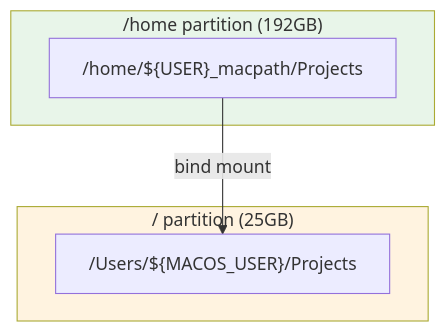
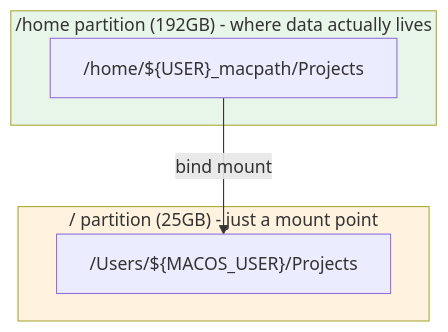
The second of 2 diagrams in README.md (lucharo/always-on-claude), drawn with Mermaid before and after one commit. The commit also changed other lines of this file, not shown here.

````diff
--- a/README.md
+++ b/README.md
@@ -77,15 +66,15 @@
 ```mermaid
 flowchart TB
-    subgraph home["/home partition (192GB)"]
+    subgraph home["/home partition (192GB) - where data actually lives"]
         DATA["/home/${USER}_macpath/Projects"]
     end
 
-    subgraph root["/ partition (25GB)"]
+    subgraph root["/ partition (25GB) - just a mount point"]
         MOUNT["/Users/${MACOS_USER}/Projects"]
     end
 
     DATA -->|"bind mount"| MOUNT
 
     style home fill:#e8f5e9
     style root fill:#fff3e0
 ```
````
